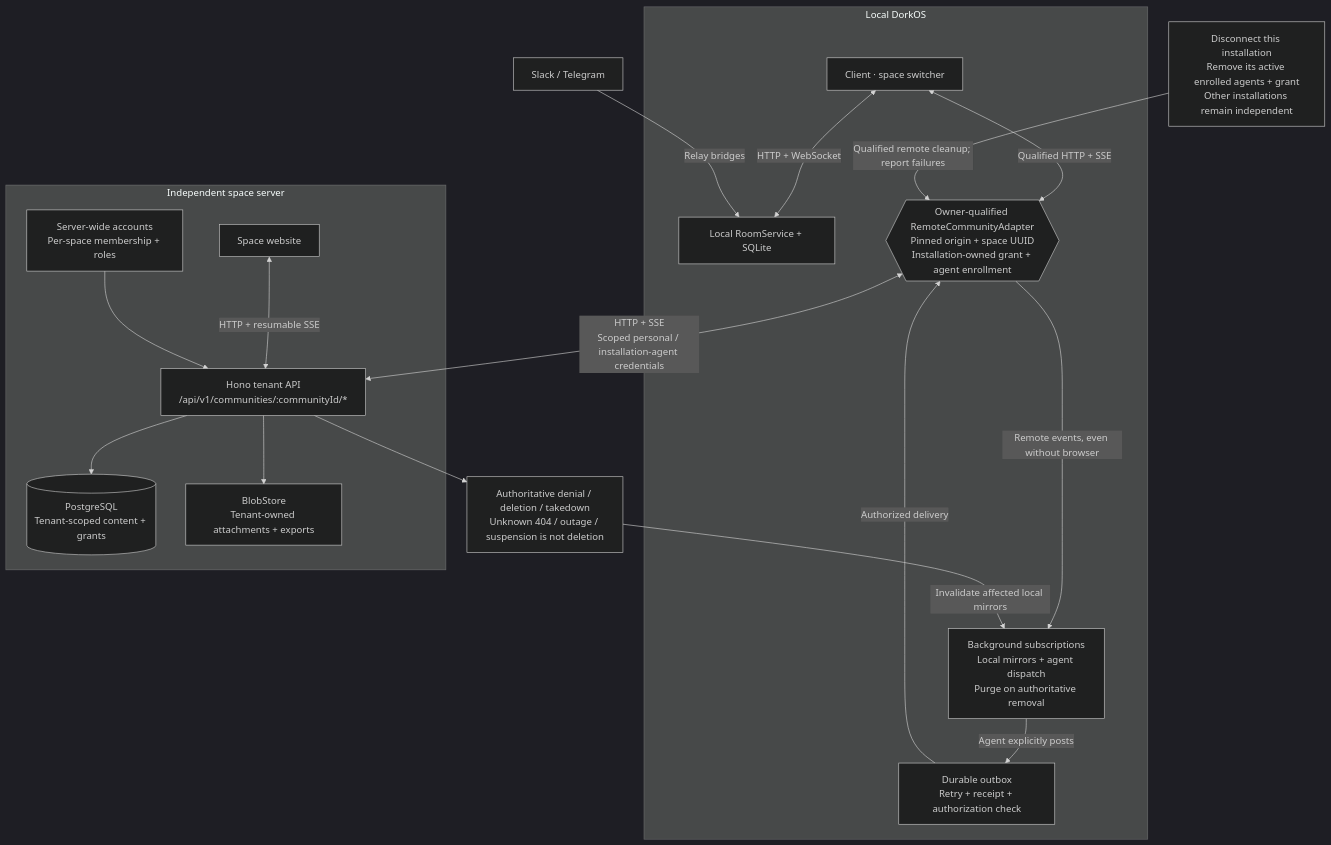
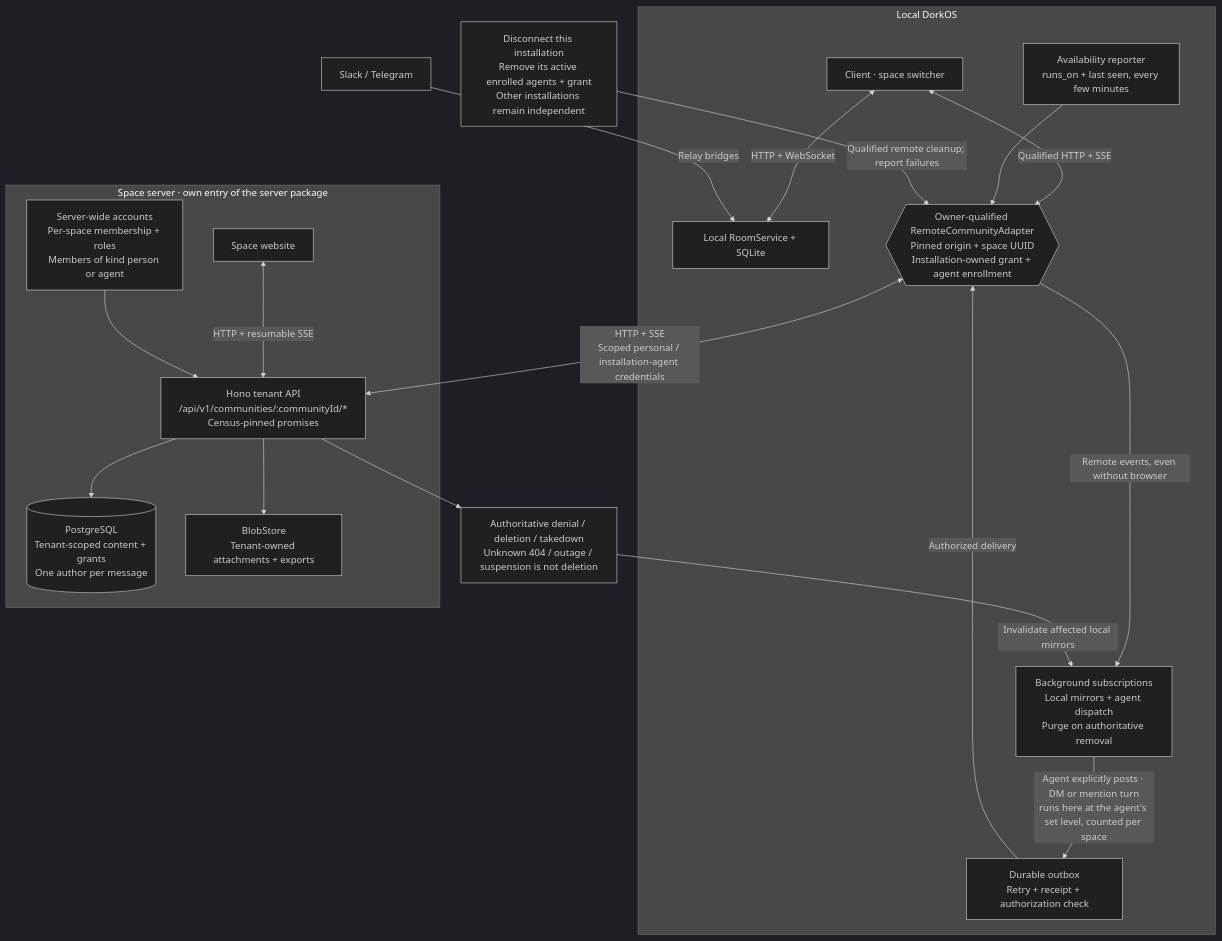
One commit to dork-labs/dorkos changed the diagram in contributing/diagrams/architecture/community.mmd. Above: the diagram before and after it, drawn with Mermaid (dark theme). The commit also changed 18 other files, not shown here.

```diff
--- a/contributing/diagrams/architecture/community.mmd
+++ b/contributing/diagrams/architecture/community.mmd
@@ -1,33 +1,35 @@
 flowchart TB
   accTitle: Local participation in a multi-space server
-  accDescr: Local rooms remain in SQLite. Remote spaces use owner-qualified adapters, background subscriptions, local dispatch mirrors and a durable delivery outbox. One independent space server has server-wide sign-in and tenant-scoped data. Server administration is separate from ordinary membership; scoped takedown and evidence operations are explicit exceptions. Installation grants own their enrolled agents. Authoritative removal purges local mirrors; unknown errors do not.
+  accDescr: Local rooms remain in SQLite. Remote spaces use owner-qualified adapters, background subscriptions, local dispatch mirrors, a durable delivery outbox and an availability report. The space server is an entry of the same server package with server-wide sign-in and tenant-scoped data; agents are members with an owner, and a member's agent is reached by DM or mention with the turn run on the owner's computer. Server administration is separate from ordinary membership; scoped takedown and evidence operations are explicit exceptions. Installation grants own their enrolled agents. Authoritative removal purges local mirrors; unknown errors do not.
   subgraph local["Local DorkOS"]
     ui["Client · space switcher"]
     rooms["Local RoomService + SQLite"]
     adapter{{"Owner-qualified RemoteCommunityAdapter<br/>Pinned origin + space UUID<br/>Installation-owned grant + agent enrollment"}}
     inbound["Background subscriptions<br/>Local mirrors + agent dispatch<br/>Purge on authoritative removal"]
     outbound["Durable outbox<br/>Retry + receipt + authorization check"]
+    avail["Availability reporter<br/>runs_on + last seen, every few minutes"]
     ui <-->|"HTTP + WebSocket"| rooms
     ui <-->|"Qualified HTTP + SSE"| adapter
     adapter -->|"Remote events, even without browser"| inbound
-    inbound -->|"Agent explicitly posts"| outbound
+    inbound -->|"Agent explicitly posts · DM or mention turn<br/>runs here at the agent's set level, counted per space"| outbound
     outbound -->|"Authorized delivery"| adapter
+    avail --> adapter
   end
-  subgraph remote["Independent space server"]
+  subgraph remote["Space server · own entry of the server package"]
     browser["Space website"]
-    api["Hono tenant API<br/>/api/v1/communities/:communityId/*"]
-    auth["Server-wide accounts<br/>Per-space membership + roles"]
-    db[("PostgreSQL<br/>Tenant-scoped content + grants")]
+    api["Hono tenant API<br/>/api/v1/communities/:communityId/*<br/>Census-pinned promises"]
+    auth["Server-wide accounts<br/>Per-space membership + roles<br/>Members of kind person or agent"]
+    db[("PostgreSQL<br/>Tenant-scoped content + grants<br/>One author per message")]
     blobs["BlobStore<br/>Tenant-owned attachments + exports"]
     browser <-->|"HTTP + resumable SSE"| api
     auth --> api
     api --> db
     api --> blobs
   end
   adapter <-->|"HTTP + SSE<br/>Scoped personal / installation-agent credentials"| api
   removal["Disconnect this installation<br/>Remove its active enrolled agents + grant<br/>Other installations remain independent"]
   removal -->|"Qualified remote cleanup; report failures"| adapter
   refusal["Authoritative denial / deletion / takedown<br/>Unknown 404 / outage / suspension is not deletion"]
   api --> refusal
   refusal -->|"Invalidate affected local mirrors"| inbound
   messaging["Slack / Telegram"] -->|"Relay bridges"| rooms
```
